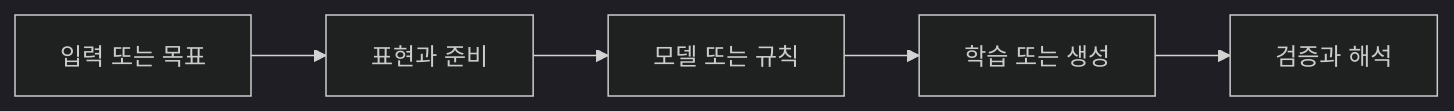
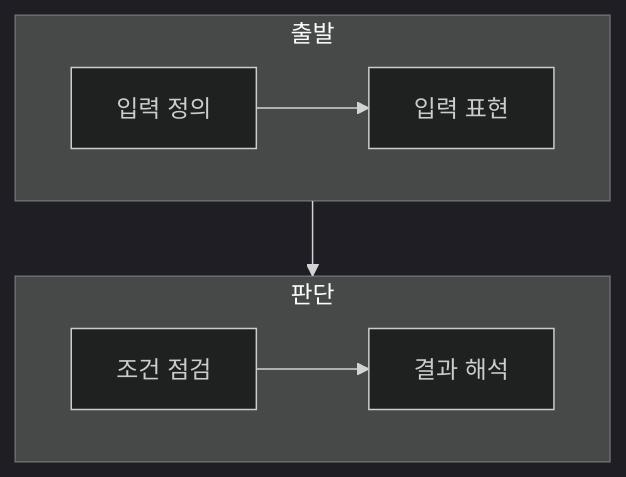
One commit to umyunsang/edu changed the diagram in ComputerScience/03_ai-ml-data/artificial-intelligence/notes/01. AI 아바타 만들기 실습.md. Above: the diagram before and after it, drawn with Mermaid (dark theme). The commit also changed other lines of this file and 20 other files, not shown here.

````diff
--- a/ComputerScience/03_ai-ml-data/artificial-intelligence/notes/01. AI 아바타 만들기 실습.md
+++ b/ComputerScience/03_ai-ml-data/artificial-intelligence/notes/01. AI 아바타 만들기 실습.md
@@ -24,7 +23,12 @@
 ```mermaid
-flowchart LR
-    A["입력 또는 목표"] --> B["표현과 준비"]
-    B --> C["모델 또는 규칙"]
-    C --> D["학습 또는 생성"]
-    D --> E["검증과 해석"]
+flowchart TB
+    subgraph Input[출발]
+        direction LR
+        A[입력 정의] --> B[입력 표현]
+    end
+    subgraph Decision[판단]
+        direction LR
+        C[조건 점검] --> D[결과 해석]
+    end
+    B --> C
 ```
````
